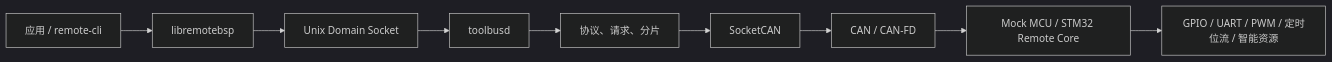
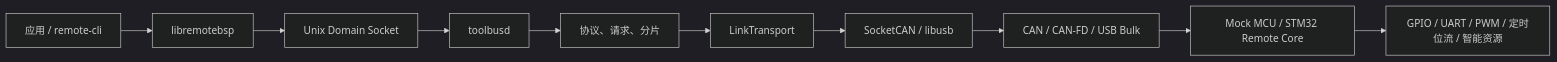
The diagram in docs/README.md (sendu2wfdx/RemoteBSP), drawn with Mermaid (dark theme) before and after one commit. The commit also changed other lines of this file and 63 other files, not shown here.

````diff
--- a/docs/README.md
+++ b/docs/README.md
@@ -37,11 +38,12 @@
 ```mermaid
 flowchart LR
     A["应用 / remote-cli"] --> B["libremotebsp"]
     B --> C["Unix Domain Socket"]
     C --> D["toolbusd"]
     D --> E["协议、请求、分片"]
-    E --> F["SocketCAN"]
-    F --> G["CAN / CAN-FD"]
-    G --> H["Mock MCU / STM32 Remote Core"]
+    E --> F["LinkTransport"]
+    F --> G["SocketCAN / libusb"]
+    G --> G2["CAN / CAN-FD / USB Bulk"]
+    G2 --> H["Mock MCU / STM32 Remote Core"]
     H --> I["GPIO / UART / PWM / 定时位流 / 智能资源"]
 ```
````
